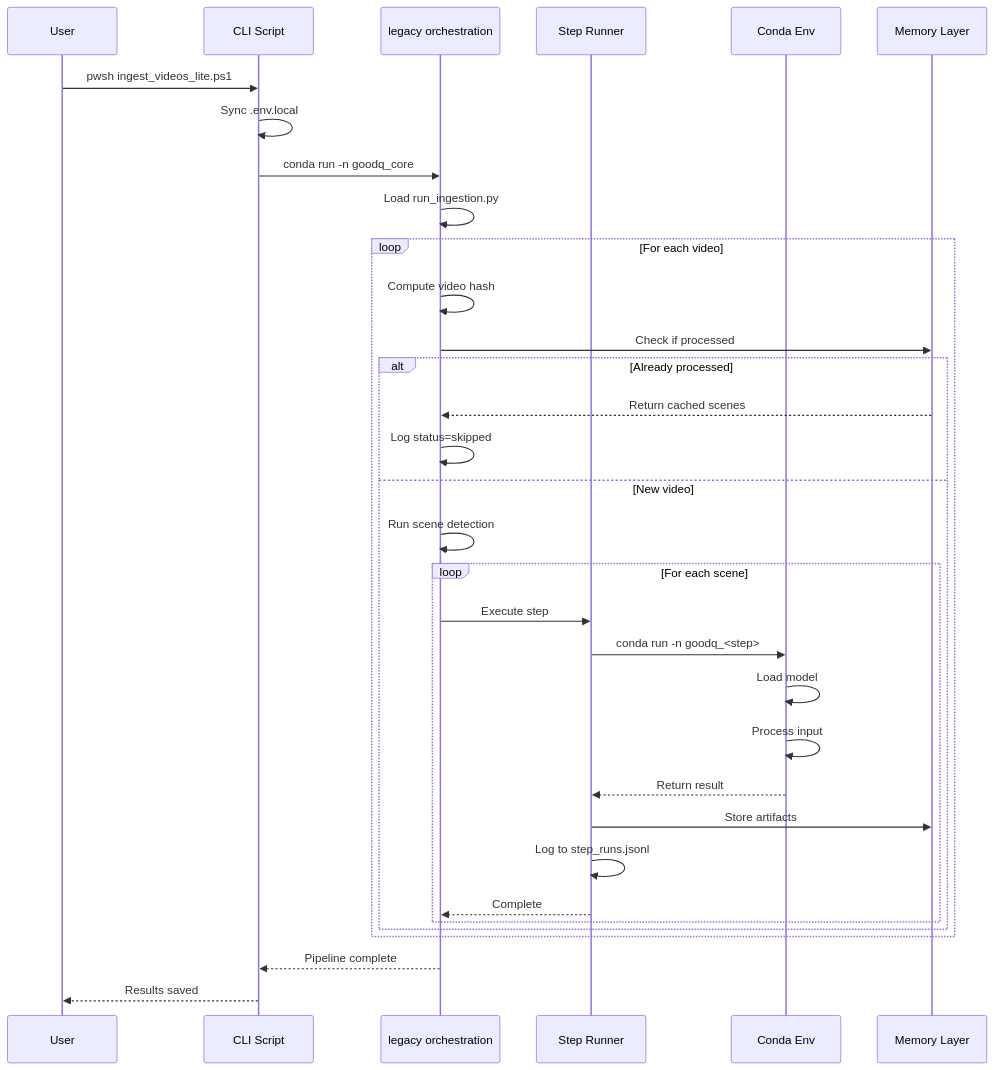
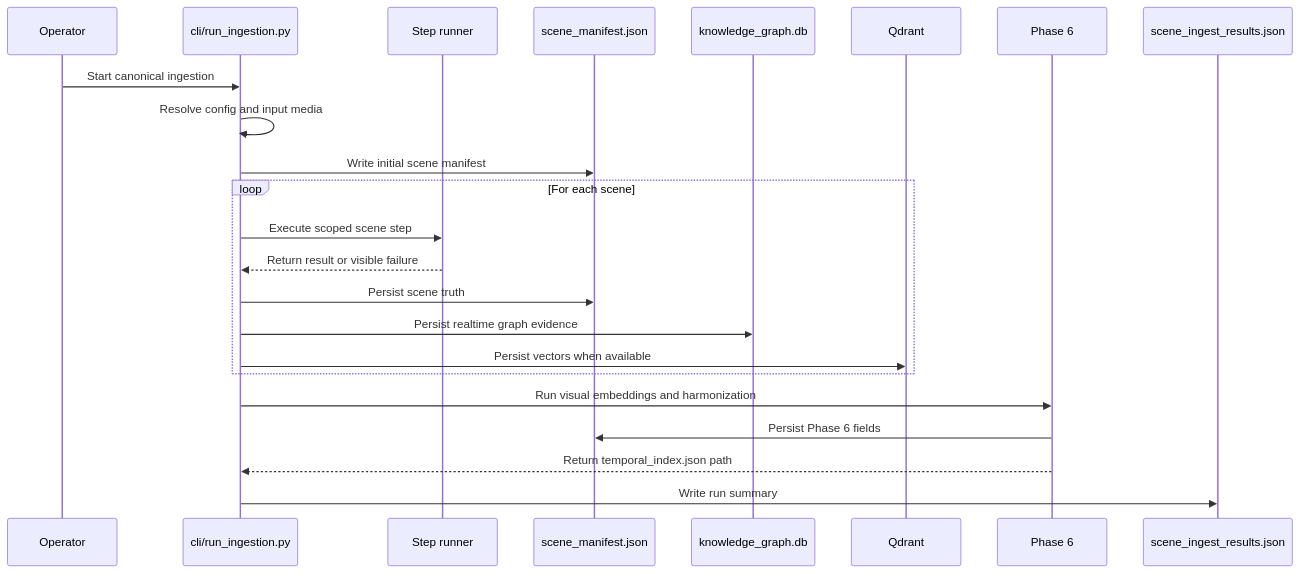
One commit to GoodQ02/goodq-memory-engine changed the sixth of 7 diagrams in docs/architecture/diagrams/PIPELINE_FLOW.md. Above: the diagram before and after it, drawn with Mermaid. The commit also changed other lines of this file and 7 other files, not shown here.

Commit message:
docs: refresh github architecture diagrams

````diff
--- a/docs/architecture/diagrams/PIPELINE_FLOW.md
+++ b/docs/architecture/diagrams/PIPELINE_FLOW.md
@@ -424,39 +302,28 @@
 ```mermaid
 sequenceDiagram
-    participant U as User
-    participant CLI as CLI Script
-    participant ZM as legacy orchestration
-    participant SR as Step Runner
-    participant ENV as Conda Env
-    participant MEM as Memory Layer
-    
-    U->>CLI: pwsh ingest_videos_lite.ps1
-    CLI->>CLI: Sync .env.local
-    CLI->>ZM: conda run -n goodq_core
-    ZM->>ZM: Load run_ingestion.py
-    
-    loop For each video
-        ZM->>ZM: Compute video hash
-        ZM->>MEM: Check if processed
-        alt Already processed
-            MEM-->>ZM: Return cached scenes
-            ZM->>ZM: Log status=skipped
-        else New video
-            ZM->>ZM: Run scene detection
-            
-            loop For each scene
-                ZM->>SR: Execute step
-                SR->>ENV: conda run -n goodq_<step>
-                ENV->>ENV: Load model
-                ENV->>ENV: Process input
-                ENV-->>SR: Return result
-                SR->>MEM: Store artifacts
-                SR->>SR: Log to step_runs.jsonl
-                SR-->>ZM: Complete
-            end
-        end
+    participant Operator
+    participant CLI as cli/run_ingestion.py
+    participant Step as Step runner
+    participant Manifest as scene_manifest.json
+    participant KG as knowledge_graph.db
+    participant Qdrant
+    participant Phase6 as Phase 6
+    participant Output as scene_ingest_results.json
+
+    Operator->>CLI: Start canonical ingestion
+    CLI->>CLI: Resolve config and input media
+    CLI->>Manifest: Write initial scene manifest
+
+    loop For each scene
+        CLI->>Step: Execute scoped scene step
+        Step-->>CLI: Return result or visible failure
+        CLI->>Manifest: Persist scene truth
+        CLI->>KG: Persist realtime graph evidence
+        CLI->>Qdrant: Persist vectors when available
     end
-    
-    ZM-->>CLI: Pipeline complete
-    CLI-->>U: Results saved
+
+    CLI->>Phase6: Run visual embeddings and harmonization
+    Phase6->>Manifest: Persist Phase 6 fields
+    Phase6-->>CLI: Return temporal_index.json path
+    CLI->>Output: Write run summary
 ```
````
